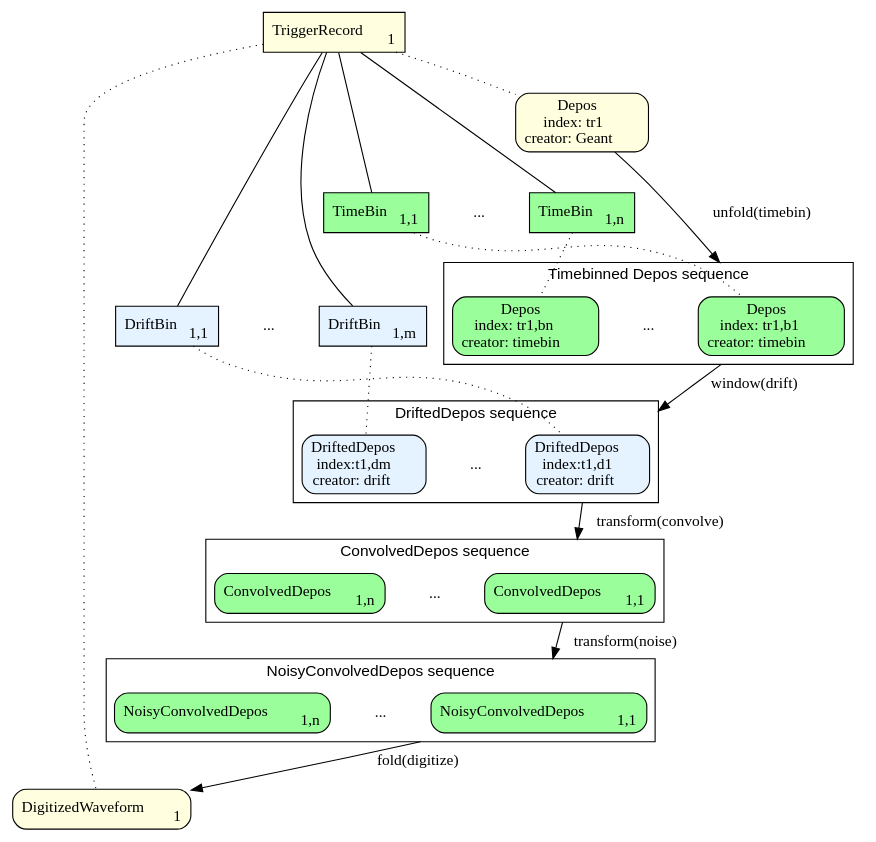
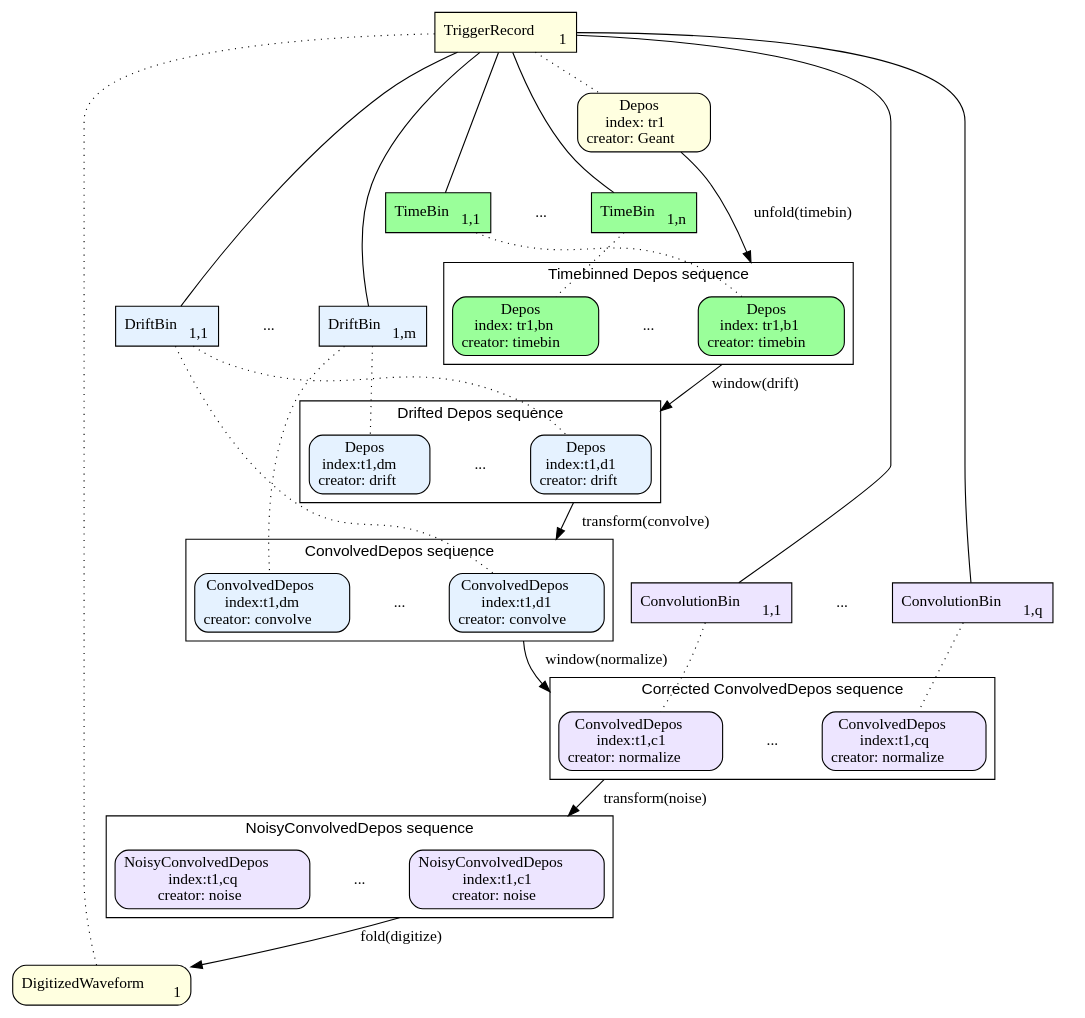
The diagram in workflows/wirecell-charge-waveform-sim.gv (Framework-R-D/phlex-design), drawn with Graphviz before and after one commit. The commit also changed 2 other files, not shown here.

Commit message:
updated figures to include window HOF

```diff
--- a/workflows/wirecell-charge-waveform-sim.gv
+++ b/workflows/wirecell-charge-waveform-sim.gv
@@ -1,94 +1,121 @@
 digraph g {
  fontname="sans-serif";
  compound=true;
 
  # All data product sets are in rectangular nodes
  node [shape=box, style=filled];
  tr1 [label=<TriggerRecord<sub>1</sub>>, fillcolor=lightyellow];
 
  subgraph cluster_tb{
   peripheries=0
   tb1 [label=<TimeBin<sub>1,1</sub>>, fillcolor=palegreen1];
   tbdots [label="...", shape=plaintext, style=rounded, margin=0]
   tb2 [label=<TimeBin<sub>1,n</sub>>, fillcolor=palegreen1];
  }
 
  # Data product sets are connected with data products by solid lines.
  edge [style=solid, arrowhead=none];
  tr1 -> tb1;
  tr1 -> tb2;
 
 
  # All data products are in rounded rectangle nodes
  node [shape=box, style="filled,rounded"]
 
  # TR-level products are yellow
  node [fillcolor=lightyellow]
  depos [label=<Depos<br/>index: tr1<br/>creator: Geant>]
  dw [label=<DigitizedWaveform<sub>1</sub>>];
  
  subgraph cluster_unfold_timebins {
   label="Timebinned Depos sequence";
   node [fillcolor=palegreen1];
   tbd1 [label=<Depos<br/>index: tr1,b1<br/>creator: timebin>];
   tbddots [label="...", shape=plaintext, style=rounded, margin=0]
   tbdn [label=<Depos<br/>index: tr1,bn<br/>creator: timebin>];
  }
 
  depos -> tb2 [style=invis]
 
  # TB-level products are palegreen1
  node [fillcolor=palegreen1]
 
 
  subgraph cluster_db {
   peripheries=0
   node [fillcolor="0.583,0.1,1.0", shape=box, style=filled];
   db1 [label=<DriftBin<sub>1,1</sub>>];
   dbdots [label="...", shape=plaintext, style=rounded, margin=0]
   dbm [label=<DriftBin<sub>1,m</sub>>];
  }
 
  tr1 -> db1;
  tr1 -> dbm;
 
   subgraph cluster_unfold {
-   label="DriftedDepos sequence";
+   label="Drifted Depos sequence";
    node [fillcolor="0.583,0.1,1.0"];
-   dd1 [label=<DriftedDepos<br/>index:t1,d1<br/>creator: drift>];
+   dd1 [label=<Depos<br/>index:t1,d1<br/>creator: drift>];
    ddots [label="...", shape=plaintext, style=rounded, margin=0]
-   ddm [label=<DriftedDepos<br/>index:t1,dm<br/>creator: drift>];
+   ddm [label=<Depos<br/>index:t1,dm<br/>creator: drift>];
   }
 
 
   subgraph cluster_conv {
     label="ConvolvedDepos sequence";
-    cd1 [label=<ConvolvedDepos<sub>1,1</sub>>];
+    node [fillcolor="0.583,0.1,1.0"];
+    cd1 [label=<ConvolvedDepos<br/>index:t1,d1<br/>creator: convolve>];
     cdots [label="...", shape=plaintext, style=rounded, margin=0]
-    cdn [label=<ConvolvedDepos<sub>1,n</sub>>];
+    cdm [label=<ConvolvedDepos<br/>index:t1,dm<br/>creator: convolve>];
+  }
+
+ 
+
+subgraph cluster_cb {
+  peripheries=0
+  node [fillcolor="0.720,0.1,1.0", shape=box, style=filled];
+  cb1 [label=<ConvolutionBin<sub>1,1</sub>>];
+  cbdots [label="...", shape=plaintext, style=rounded, margin=0]
+  cbq [label=<ConvolutionBin<sub>1,q</sub>>];
+ }
+ tr1 -> cb1;
+ tr1 -> cbq;
+
+  subgraph cluster_conv_2 {
+    label="Corrected ConvolvedDepos sequence";
+    node [fillcolor="0.720,0.1,1.0"];
+    ccd1 [label=<ConvolvedDepos<br/>index:t1,c1<br/>creator: normalize>];
+    ccdots [label="...", shape=plaintext, style=rounded, margin=0]
+    ccdq [label=<ConvolvedDepos<br/>index:t1,cq<br/>creator: normalize>];
   }
 
  subgraph cluster_noise {
    label="NoisyConvolvedDepos sequence";
-   ncd1 [label=<NoisyConvolvedDepos<sub>1,1</sub>>];
+   node [fillcolor="0.720,0.1,1.0"];
+   ncd1 [label=<NoisyConvolvedDepos<br/>index:t1,c1<br/>creator: noise>];
    ndots [label="...", shape=plaintext, style=rounded, margin=0]
-   ncdn [label=<NoisyConvolvedDepos<sub>1,n</sub>>];
+   ncdq [label=<NoisyConvolvedDepos<br/>index:t1,cq<br/>creator: noise>];
  }
 
  # Data products are connected with data product sets by dotted lines.
  edge [style=dotted, arrowhead=none];
  tr1 -> depos;
  tb1 -> tbd1;
  tb2 -> tbdn;
  tr1 -> dw;
  db1 -> dd1;
  dbm -> ddm;
+ db1 -> cd1;
+ dbm -> cdm;
+ cb1 -> ccd1;
+ cbq -> ccdq; 
 
  # Algorithms creating data products are indicated by arrows with solid lines.
  edge [style=solid, arrowhead=normal];
  depos -> tbd1 [label="unfold(timebin)", lhead=cluster_unfold_timebins];
  tbd1 -> dd1 [label="window(drift)", ltail=cluster_unfold_timebins, lhead=cluster_unfold];
  dd1 -> cd1 [label="transform(convolve)", ltail=cluster_unfold, lhead=cluster_conv];
- cd1 -> ncd1 [label="transform(noise)", ltail=cluster_conv, lhead=cluster_noise];
+ cd1 -> ccd1 [label="window(normalize)", ltail=cluster_conv, lhead=cluster_conv_2];
+ ccd1 -> ncd1 [label="transform(noise)", ltail=cluster_conv_2, lhead=cluster_noise];
  ncd1 -> dw [label="fold(digitize)", ltail=cluster_noise];
 }
```
